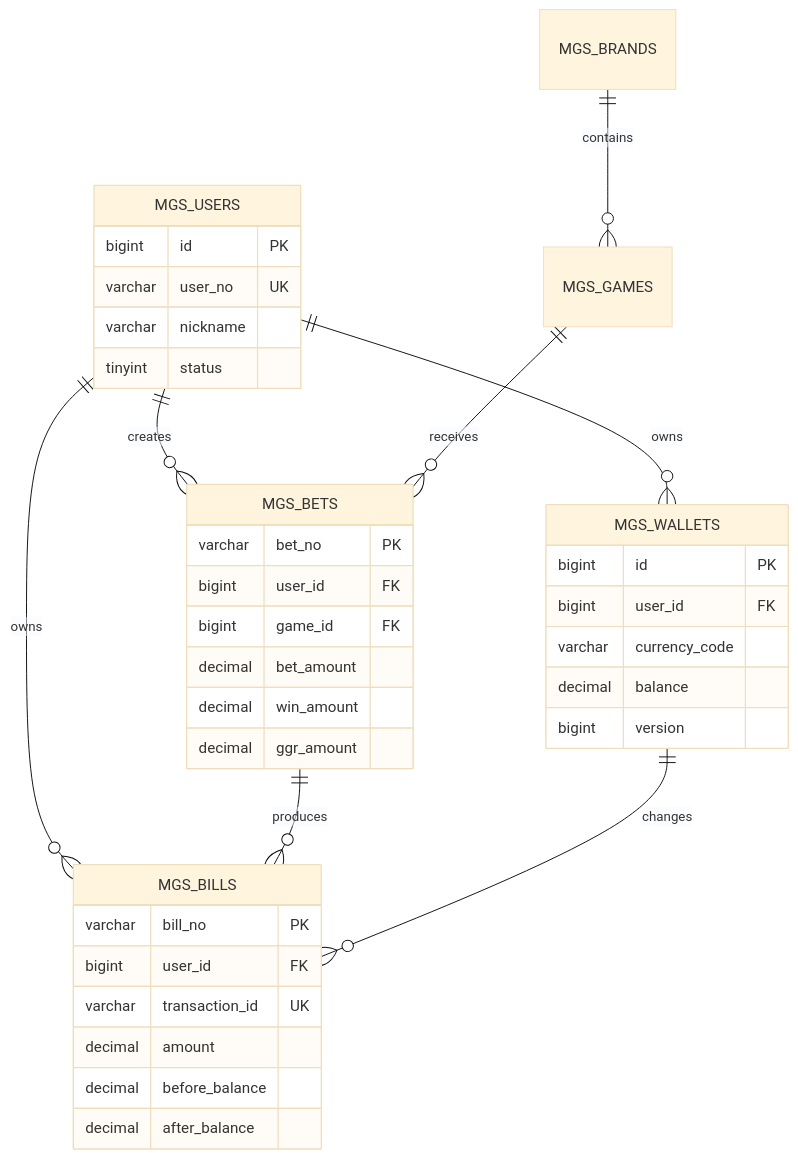
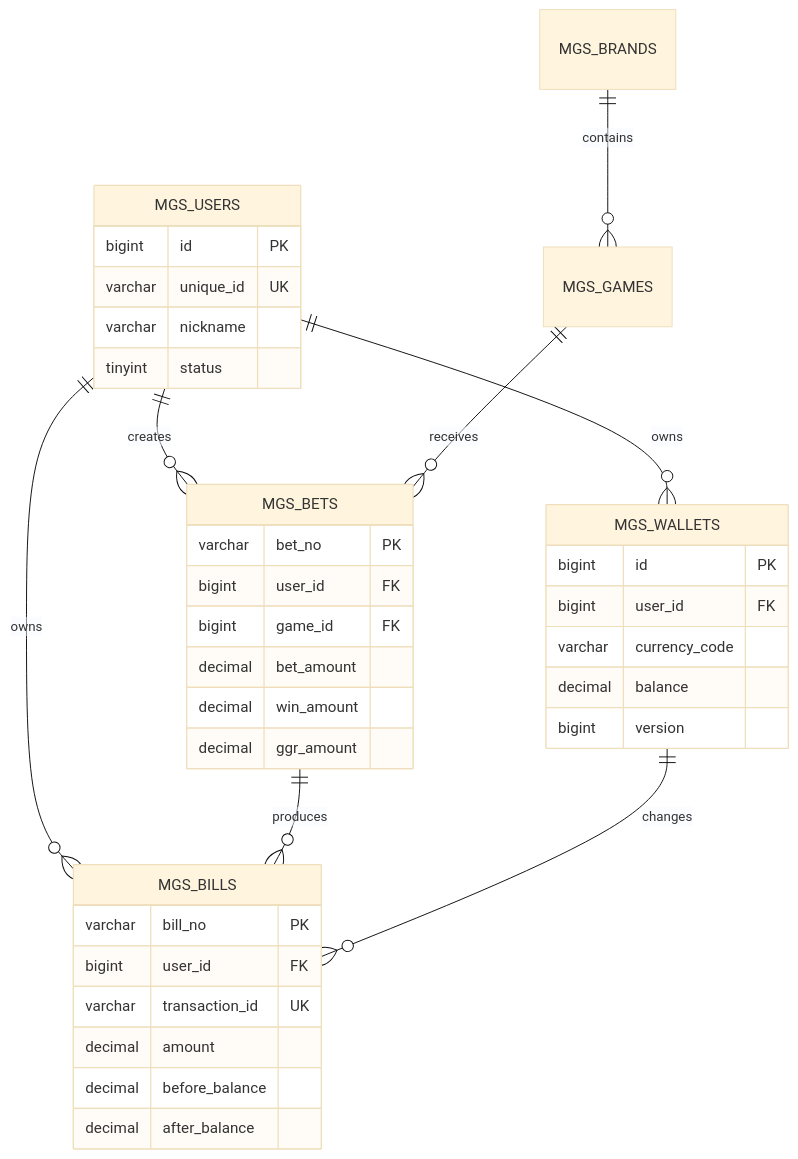
The third of 9 diagrams in 自营平台技术文档.md (card-engine/game-platform), drawn with Mermaid (base theme) before and after one commit. The commit also changed other lines of this file and 19 other files, not shown here.

````diff
--- a/自营平台技术文档.md
+++ b/自营平台技术文档.md
@@ -265,39 +265,39 @@
 ```mermaid
 erDiagram
     MGS_USERS ||--o{ MGS_WALLETS : owns
     MGS_USERS ||--o{ MGS_BETS : creates
     MGS_USERS ||--o{ MGS_BILLS : owns
     MGS_BRANDS ||--o{ MGS_GAMES : contains
     MGS_GAMES ||--o{ MGS_BETS : receives
     MGS_BETS ||--o{ MGS_BILLS : produces
     MGS_WALLETS ||--o{ MGS_BILLS : changes
     MGS_USERS {
         bigint id PK
-        varchar user_no UK
+        varchar unique_id UK
         varchar nickname
         tinyint status
     }
     MGS_WALLETS {
         bigint id PK
         bigint user_id FK
         varchar currency_code
         decimal balance
         bigint version
     }
     MGS_BETS {
         varchar bet_no PK
         bigint user_id FK
         bigint game_id FK
         decimal bet_amount
         decimal win_amount
         decimal ggr_amount
     }
     MGS_BILLS {
         varchar bill_no PK
         bigint user_id FK
         varchar transaction_id UK
         decimal amount
         decimal before_balance
         decimal after_balance
     }
 ```
````
